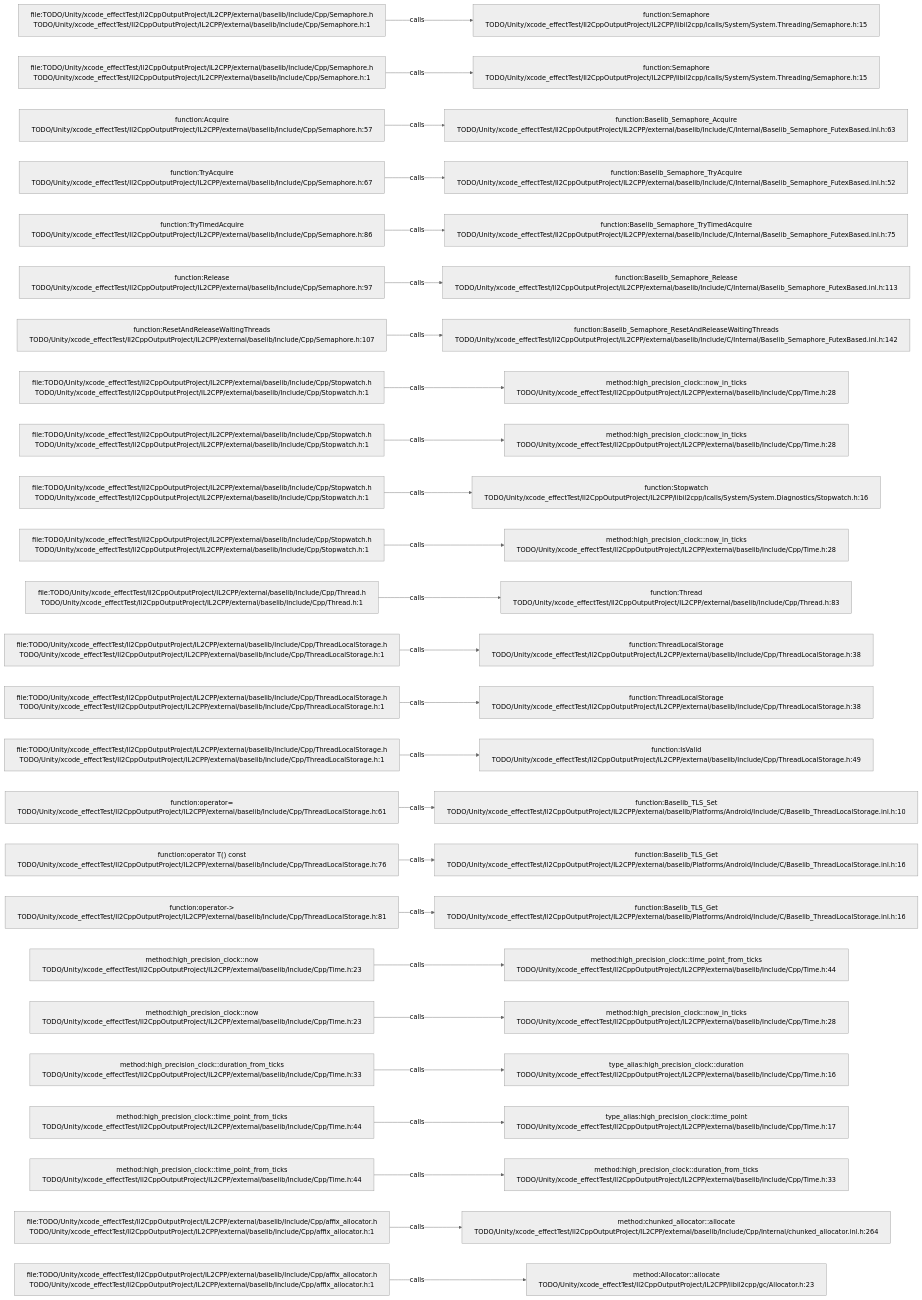
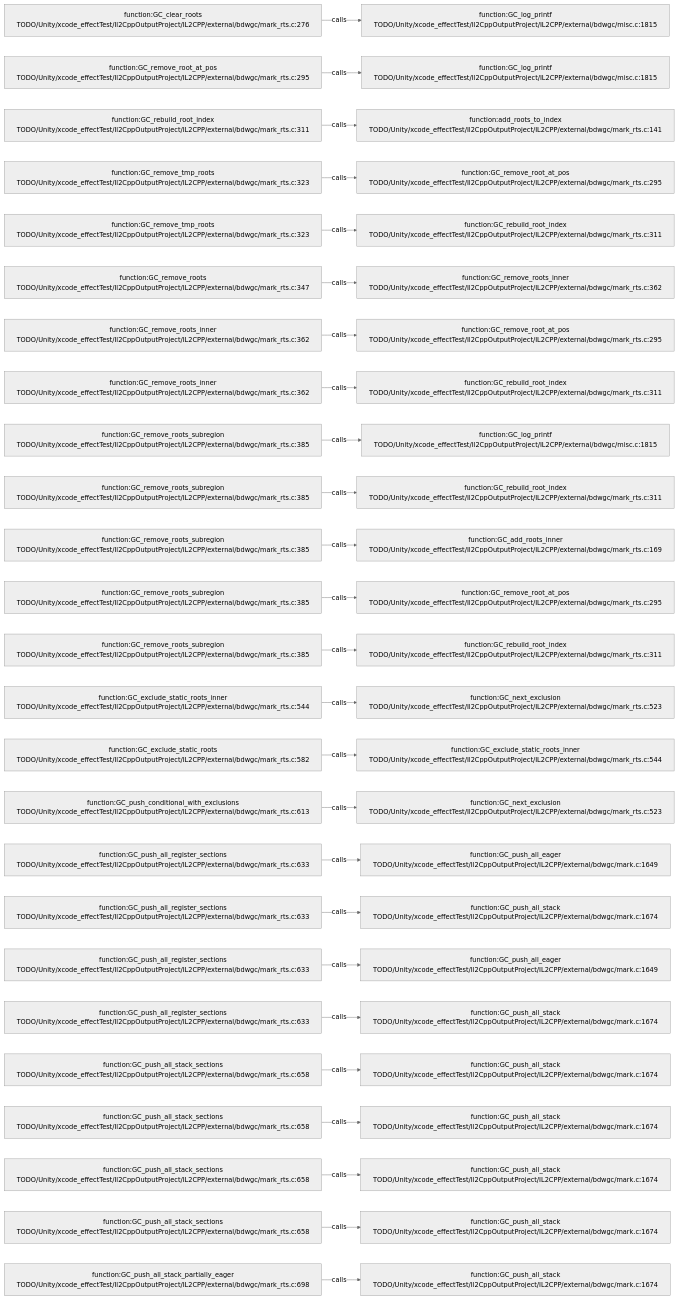
The diagram in .codegraph/codegraph.md/graphs/calls-135.md (JobsKits/JobsSwiftBaseConfigDemo), drawn with Mermaid (neutral theme) before and after one commit. The commit also changed 227 other files, not shown here.

````diff
--- a/.codegraph/codegraph.md/graphs/calls-135.md
+++ b/.codegraph/codegraph.md/graphs/calls-135.md
@@ -13,78 +13,78 @@
 ```mermaid
 flowchart LR
-  S1["file:TODO/Unity/xcode_effectTest/Il2CppOutputProject/IL2CPP/external/baselib/Include/Cpp/Semaphore.h<br/>TODO/Unity/xcode_effectTest/Il2CppOutputProject/IL2CPP/external/baselib/Include/Cpp/Semaphore.h:1"]
-  T1["function:Semaphore<br/>TODO/Unity/xcode_effectTest/Il2CppOutputProject/IL2CPP/libil2cpp/icalls/System/System.Threading/Semaphore.h:15"]
+  S1["function:GC_clear_roots<br/>TODO/Unity/xcode_effectTest/Il2CppOutputProject/IL2CPP/external/bdwgc/mark_rts.c:276"]
+  T1["function:GC_log_printf<br/>TODO/Unity/xcode_effectTest/Il2CppOutputProject/IL2CPP/external/bdwgc/misc.c:1815"]
   S1 -->|calls| T1
-  S2["file:TODO/Unity/xcode_effectTest/Il2CppOutputProject/IL2CPP/external/baselib/Include/Cpp/Semaphore.h<br/>TODO/Unity/xcode_effectTest/Il2CppOutputProject/IL2CPP/external/baselib/Include/Cpp/Semaphore.h:1"]
-  T2["function:Semaphore<br/>TODO/Unity/xcode_effectTest/Il2CppOutputProject/IL2CPP/libil2cpp/icalls/System/System.Threading/Semaphore.h:15"]
+  S2["function:GC_remove_root_at_pos<br/>TODO/Unity/xcode_effectTest/Il2CppOutputProject/IL2CPP/external/bdwgc/mark_rts.c:295"]
+  T2["function:GC_log_printf<br/>TODO/Unity/xcode_effectTest/Il2CppOutputProject/IL2CPP/external/bdwgc/misc.c:1815"]
   S2 -->|calls| T2
-  S3["function:Acquire<br/>TODO/Unity/xcode_effectTest/Il2CppOutputProject/IL2CPP/external/baselib/Include/Cpp/Semaphore.h:57"]
-  T3["function:Baselib_Semaphore_Acquire<br/>TODO/Unity/xcode_effectTest/Il2CppOutputProject/IL2CPP/external/baselib/Include/C/Internal/Baselib_Semaphore_FutexBased.inl.h:63"]
+  S3["function:GC_rebuild_root_index<br/>TODO/Unity/xcode_effectTest/Il2CppOutputProject/IL2CPP/external/bdwgc/mark_rts.c:311"]
+  T3["function:add_roots_to_index<br/>TODO/Unity/xcode_effectTest/Il2CppOutputProject/IL2CPP/external/bdwgc/mark_rts.c:141"]
   S3 -->|calls| T3
-  S4["function:TryAcquire<br/>TODO/Unity/xcode_effectTest/Il2CppOutputProject/IL2CPP/external/baselib/Include/Cpp/Semaphore.h:67"]
-  T4["function:Baselib_Semaphore_TryAcquire<br/>TODO/Unity/xcode_effectTest/Il2CppOutputProject/IL2CPP/external/baselib/Include/C/Internal/Baselib_Semaphore_FutexBased.inl.h:52"]
+  S4["function:GC_remove_tmp_roots<br/>TODO/Unity/xcode_effectTest/Il2CppOutputProject/IL2CPP/external/bdwgc/mark_rts.c:323"]
+  T4["function:GC_remove_root_at_pos<br/>TODO/Unity/xcode_effectTest/Il2CppOutputProject/IL2CPP/external/bdwgc/mark_rts.c:295"]
   S4 -->|calls| T4
-  S5["function:TryTimedAcquire<br/>TODO/Unity/xcode_effectTest/Il2CppOutputProject/IL2CPP/external/baselib/Include/Cpp/Semaphore.h:86"]
-  T5["function:Baselib_Semaphore_TryTimedAcquire<br/>TODO/Unity/xcode_effectTest/Il2CppOutputProject/IL2CPP/external/baselib/Include/C/Internal/Baselib_Semaphore_FutexBased.inl.h:75"]
+  S5["function:GC_remove_tmp_roots<br/>TODO/Unity/xcode_effectTest/Il2CppOutputProject/IL2CPP/external/bdwgc/mark_rts.c:323"]
+  T5["function:GC_rebuild_root_index<br/>TODO/Unity/xcode_effectTest/Il2CppOutputProject/IL2CPP/external/bdwgc/mark_rts.c:311"]
   S5 -->|calls| T5
-  S6["function:Release<br/>TODO/Unity/xcode_effectTest/Il2CppOutputProject/IL2CPP/external/baselib/Include/Cpp/Semaphore.h:97"]
-  T6["function:Baselib_Semaphore_Release<br/>TODO/Unity/xcode_effectTest/Il2CppOutputProject/IL2CPP/external/baselib/Include/C/Internal/Baselib_Semaphore_FutexBased.inl.h:113"]
+  S6["function:GC_remove_roots<br/>TODO/Unity/xcode_effectTest/Il2CppOutputProject/IL2CPP/external/bdwgc/mark_rts.c:347"]
+  T6["function:GC_remove_roots_inner<br/>TODO/Unity/xcode_effectTest/Il2CppOutputProject/IL2CPP/external/bdwgc/mark_rts.c:362"]
   S6 -->|calls| T6
-  S7["function:ResetAndReleaseWaitingThreads<br/>TODO/Unity/xcode_effectTest/Il2CppOutputProject/IL2CPP/external/baselib/Include/Cpp/Semaphore.h:107"]
-  T7["function:Baselib_Semaphore_ResetAndReleaseWaitingThreads<br/>TODO/Unity/xcode_effectTest/Il2CppOutputProject/IL2CPP/external/baselib/Include/C/Internal/Baselib_Semaphore_FutexBased.inl.h:142"]
+  S7["function:GC_remove_roots_inner<br/>TODO/Unity/xcode_effectTest/Il2CppOutputProject/IL2CPP/external/bdwgc/mark_rts.c:362"]
+  T7["function:GC_remove_root_at_pos<br/>TODO/Unity/xcode_effectTest/Il2CppOutputProject/IL2CPP/external/bdwgc/mark_rts.c:295"]
   S7 -->|calls| T7
-  S8["file:TODO/Unity/xcode_effectTest/Il2CppOutputProject/IL2CPP/external/baselib/Include/Cpp/Stopwatch.h<br/>TODO/Unity/xcode_effectTest/Il2CppOutputProject/IL2CPP/external/baselib/Include/Cpp/Stopwatch.h:1"]
-  T8["method:high_precision_clock::now_in_ticks<br/>TODO/Unity/xcode_effectTest/Il2CppOutputProject/IL2CPP/external/baselib/Include/Cpp/Time.h:28"]
+  S8["function:GC_remove_roots_inner<br/>TODO/Unity/xcode_effectTest/Il2CppOutputProject/IL2CPP/external/bdwgc/mark_rts.c:362"]
+  T8["function:GC_rebuild_root_index<br/>TODO/Unity/xcode_effectTest/Il2CppOutputProject/IL2CPP/external/bdwgc/mark_rts.c:311"]
   S8 -->|calls| T8
-  S9["file:TODO/Unity/xcode_effectTest/Il2CppOutputProject/IL2CPP/external/baselib/Include/Cpp/Stopwatch.h<br/>TODO/Unity/xcode_effectTest/Il2CppOutputProject/IL2CPP/external/baselib/Include/Cpp/Stopwatch.h:1"]
-  T9["method:high_precision_clock::now_in_ticks<br/>TODO/Unity/xcode_effectTest/Il2CppOutputProject/IL2CPP/external/baselib/Include/Cpp/Time.h:28"]
+  S9["function:GC_remove_roots_subregion<br/>TODO/Unity/xcode_effectTest/Il2CppOutputProject/IL2CPP/external/bdwgc/mark_rts.c:385"]
+  T9["function:GC_log_printf<br/>TODO/Unity/xcode_effectTest/Il2CppOutputProject/IL2CPP/external/bdwgc/misc.c:1815"]
   S9 -->|calls| T9
-  S10["file:TODO/Unity/xcode_effectTest/Il2CppOutputProject/IL2CPP/external/baselib/Include/Cpp/Stopwatch.h<br/>TODO/Unity/xcode_effectTest/Il2CppOutputProject/IL2CPP/external/baselib/Include/Cpp/Stopwatch.h:1"]
-  T10["function:Stopwatch<br/>TODO/Unity/xcode_effectTest/Il2CppOutputProject/IL2CPP/libil2cpp/icalls/System/System.Diagnostics/Stopwatch.h:16"]
+  S10["function:GC_remove_roots_subregion<br/>TODO/Unity/xcode_effectTest/Il2CppOutputProject/IL2CPP/external/bdwgc/mark_rts.c:385"]
+  T10["function:GC_rebuild_root_index<br/>TODO/Unity/xcode_effectTest/Il2CppOutputProject/IL2CPP/external/bdwgc/mark_rts.c:311"]
   S10 -->|calls| T10
-  S11["file:TODO/Unity/xcode_effectTest/Il2CppOutputProject/IL2CPP/external/baselib/Include/Cpp/Stopwatch.h<br/>TODO/Unity/xcode_effectTest/Il2CppOutputProject/IL2CPP/external/baselib/Include/Cpp/Stopwatch.h:1"]
-  T11["method:high_precision_clock::now_in_ticks<br/>TODO/Unity/xcode_effectTest/Il2CppOutputProject/IL2CPP/external/baselib/Include/Cpp/Time.h:28"]
+  S11["function:GC_remove_roots_subregion<br/>TODO/Unity/xcode_effectTest/Il2CppOutputProject/IL2CPP/external/bdwgc/mark_rts.c:385"]
+  T11["function:GC_add_roots_inner<br/>TODO/Unity/xcode_effectTest/Il2CppOutputProject/IL2CPP/external/bdwgc/mark_rts.c:169"]
   S11 -->|calls| T11
-  S12["file:TODO/Unity/xcode_effectTest/Il2CppOutputProject/IL2CPP/external/baselib/Include/Cpp/Thread.h<br/>TODO/Unity/xcode_effectTest/Il2CppOutputProject/IL2CPP/external/baselib/Include/Cpp/Thread.h:1"]
-  T12["function:Thread<br/>TODO/Unity/xcode_effectTest/Il2CppOutputProject/IL2CPP/external/baselib/Include/Cpp/Thread.h:83"]
+  S12["function:GC_remove_roots_subregion<br/>TODO/Unity/xcode_effectTest/Il2CppOutputProject/IL2CPP/external/bdwgc/mark_rts.c:385"]
+  T12["function:GC_remove_root_at_pos<br/>TODO/Unity/xcode_effectTest/Il2CppOutputProject/IL2CPP/external/bdwgc/mark_rts.c:295"]
   S12 -->|calls| T12
-  S13["file:TODO/Unity/xcode_effectTest/Il2CppOutputProject/IL2CPP/external/baselib/Include/Cpp/ThreadLocalStorage.h<br/>TODO/Unity/xcode_effectTest/Il2CppOutputProject/IL2CPP/external/baselib/Include/Cpp/ThreadLocalStorage.h:1"]
-  T13["function:ThreadLocalStorage<br/>TODO/Unity/xcode_effectTest/Il2CppOutputProject/IL2CPP/external/baselib/Include/Cpp/ThreadLocalStorage.h:38"]
+  S13["function:GC_remove_roots_subregion<br/>TODO/Unity/xcode_effectTest/Il2CppOutputProject/IL2CPP/external/bdwgc/mark_rts.c:385"]
+  T13["function:GC_rebuild_root_index<br/>TODO/Unity/xcode_effectTest/Il2CppOutputProject/IL2CPP/external/bdwgc/mark_rts.c:311"]
   S13 -->|calls| T13
-  S14["file:TODO/Unity/xcode_effectTest/Il2CppOutputProject/IL2CPP/external/baselib/Include/Cpp/ThreadLocalStorage.h<br/>TODO/Unity/xcode_effectTest/Il2CppOutputProject/IL2CPP/external/baselib/Include/Cpp/ThreadLocalStorage.h:1"]
-  T14["function:ThreadLocalStorage<br/>TODO/Unity/xcode_effectTest/Il2CppOutputProject/IL2CPP/external/baselib/Include/Cpp/ThreadLocalStorage.h:38"]
+  S14["function:GC_exclude_static_roots_inner<br/>TODO/Unity/xcode_effectTest/Il2CppOutputProject/IL2CPP/external/bdwgc/mark_rts.c:544"]
+  T14["function:GC_next_exclusion<br/>TODO/Unity/xcode_effectTest/Il2CppOutputProject/IL2CPP/external/bdwgc/mark_rts.c:523"]
   S14 -->|calls| T14
-  S15["file:TODO/Unity/xcode_effectTest/Il2CppOutputProject/IL2CPP/external/baselib/Include/Cpp/ThreadLocalStorage.h<br/>TODO/Unity/xcode_effectTest/Il2CppOutputProject/IL2CPP/external/baselib/Include/Cpp/ThreadLocalStorage.h:1"]
-  T15["function:IsValid<br/>TODO/Unity/xcode_effectTest/Il2CppOutputProject/IL2CPP/external/baselib/Include/Cpp/ThreadLocalStorage.h:49"]
+  S15["function:GC_exclude_static_roots<br/>TODO/Unity/xcode_effectTest/Il2CppOutputProject/IL2CPP/external/bdwgc/mark_rts.c:582"]
+  T15["function:GC_exclude_static_roots_inner<br/>TODO/Unity/xcode_effectTest/Il2CppOutputProject/IL2CPP/external/bdwgc/mark_rts.c:544"]
   S15 -->|calls| T15
-  S16["function:operator=<br/>TODO/Unity/xcode_effectTest/Il2CppOutputProject/IL2CPP/external/baselib/Include/Cpp/ThreadLocalStorage.h:61"]
-  T16["function:Baselib_TLS_Set<br/>TODO/Unity/xcode_effectTest/Il2CppOutputProject/IL2CPP/external/baselib/Platforms/Android/Include/C/Baselib_ThreadLocalStorage.inl.h:10"]
+  S16["function:GC_push_conditional_with_exclusions<br/>TODO/Unity/xcode_effectTest/Il2CppOutputProject/IL2CPP/external/bdwgc/mark_rts.c:613"]
+  T16["function:GC_next_exclusion<br/>TODO/Unity/xcode_effectTest/Il2CppOutputProject/IL2CPP/external/bdwgc/mark_rts.c:523"]
   S16 -->|calls| T16
-  S17["function:operator T() const<br/>TODO/Unity/xcode_effectTest/Il2CppOutputProject/IL2CPP/external/baselib/Include/Cpp/ThreadLocalStorage.h:76"]
-  T17["function:Baselib_TLS_Get<br/>TODO/Unity/xcode_effectTest/Il2CppOutputProject/IL2CPP/external/baselib/Platforms/Android/Include/C/Baselib_ThreadLocalStorage.inl.h:16"]
+  S17["function:GC_push_all_register_sections<br/>TODO/Unity/xcode_effectTest/Il2CppOutputProject/IL2CPP/external/bdwgc/mark_rts.c:633"]
+  T17["function:GC_push_all_eager<br/>TODO/Unity/xcode_effectTest/Il2CppOutputProject/IL2CPP/external/bdwgc/mark.c:1649"]
   S17 -->|calls| T17
-  S18["function:operator-><br/>TODO/Unity/xcode_effectTest/Il2CppOutputProject/IL2CPP/external/baselib/Include/Cpp/ThreadLocalStorage.h:81"]
-  T18["function:Baselib_TLS_Get<br/>TODO/Unity/xcode_effectTest/Il2CppOutputProject/IL2CPP/external/baselib/Platforms/Android/Include/C/Baselib_ThreadLocalStorage.inl.h:16"]
+  S18["function:GC_push_all_register_sections<br/>TODO/Unity/xcode_effectTest/Il2CppOutputProject/IL2CPP/external/bdwgc/mark_rts.c:633"]
+  T18["function:GC_push_all_stack<br/>TODO/Unity/xcode_effectTest/Il2CppOutputProject/IL2CPP/external/bdwgc/mark.c:1674"]
   S18 -->|calls| T18
-  S19["method:high_precision_clock::now<br/>TODO/Unity/xcode_effectTest/Il2CppOutputProject/IL2CPP/external/baselib/Include/Cpp/Time.h:23"]
-  T19["method:high_precision_clock::time_point_from_ticks<br/>TODO/Unity/xcode_effectTest/Il2CppOutputProject/IL2CPP/external/baselib/Include/Cpp/Time.h:44"]
+  S19["function:GC_push_all_register_sections<br/>TODO/Unity/xcode_effectTest/Il2CppOutputProject/IL2CPP/external/bdwgc/mark_rts.c:633"]
+  T19["function:GC_push_all_eager<br/>TODO/Unity/xcode_effectTest/Il2CppOutputProject/IL2CPP/external/bdwgc/mark.c:1649"]
   S19 -->|calls| T19
-  S20["method:high_precision_clock::now<br/>TODO/Unity/xcode_effectTest/Il2CppOutputProject/IL2CPP/external/baselib/Include/Cpp/Time.h:23"]
-  T20["method:high_precision_clock::now_in_ticks<br/>TODO/Unity/xcode_effectTest/Il2CppOutputProject/IL2CPP/external/baselib/Include/Cpp/Time.h:28"]
+  S20["function:GC_push_all_register_sections<br/>TODO/Unity/xcode_effectTest/Il2CppOutputProject/IL2CPP/external/bdwgc/mark_rts.c:633"]
+  T20["function:GC_push_all_stack<br/>TODO/Unity/xcode_effectTest/Il2CppOutputProject/IL2CPP/external/bdwgc/mark.c:1674"]
   S20 -->|calls| T20
-  S21["method:high_precision_clock::duration_from_ticks<br/>TODO/Unity/xcode_effectTest/Il2CppOutputProject/IL2CPP/external/baselib/Include/Cpp/Time.h:33"]
-  T21["type_alias:high_precision_clock::duration<br/>TODO/Unity/xcode_effectTest/Il2CppOutputProject/IL2CPP/external/baselib/Include/Cpp/Time.h:16"]
+  S21["function:GC_push_all_stack_sections<br/>TODO/Unity/xcode_effectTest/Il2CppOutputProject/IL2CPP/external/bdwgc/mark_rts.c:658"]
+  T21["function:GC_push_all_stack<br/>TODO/Unity/xcode_effectTest/Il2CppOutputProject/IL2CPP/external/bdwgc/mark.c:1674"]
   S21 -->|calls| T21
-  S22["method:high_precision_clock::time_point_from_ticks<br/>TODO/Unity/xcode_effectTest/Il2CppOutputProject/IL2CPP/external/baselib/Include/Cpp/Time.h:44"]
-  T22["type_alias:high_precision_clock::time_point<br/>TODO/Unity/xcode_effectTest/Il2CppOutputProject/IL2CPP/external/baselib/Include/Cpp/Time.h:17"]
+  S22["function:GC_push_all_stack_sections<br/>TODO/Unity/xcode_effectTest/Il2CppOutputProject/IL2CPP/external/bdwgc/mark_rts.c:658"]
+  T22["function:GC_push_all_stack<br/>TODO/Unity/xcode_effectTest/Il2CppOutputProject/IL2CPP/external/bdwgc/mark.c:1674"]
   S22 -->|calls| T22
-  S23["method:high_precision_clock::time_point_from_ticks<br/>TODO/Unity/xcode_effectTest/Il2CppOutputProject/IL2CPP/external/baselib/Include/Cpp/Time.h:44"]
-  T23["method:high_precision_clock::duration_from_ticks<br/>TODO/Unity/xcode_effectTest/Il2CppOutputProject/IL2CPP/external/baselib/Include/Cpp/Time.h:33"]
+  S23["function:GC_push_all_stack_sections<br/>TODO/Unity/xcode_effectTest/Il2CppOutputProject/IL2CPP/external/bdwgc/mark_rts.c:658"]
+  T23["function:GC_push_all_stack<br/>TODO/Unity/xcode_effectTest/Il2CppOutputProject/IL2CPP/external/bdwgc/mark.c:1674"]
   S23 -->|calls| T23
-  S24["file:TODO/Unity/xcode_effectTest/Il2CppOutputProject/IL2CPP/external/baselib/Include/Cpp/affix_allocator.h<br/>TODO/Unity/xcode_effectTest/Il2CppOutputProject/IL2CPP/external/baselib/Include/Cpp/affix_allocator.h:1"]
-  T24["method:chunked_allocator::allocate<br/>TODO/Unity/xcode_effectTest/Il2CppOutputProject/IL2CPP/external/baselib/Include/Cpp/Internal/chunked_allocator.inl.h:264"]
+  S24["function:GC_push_all_stack_sections<br/>TODO/Unity/xcode_effectTest/Il2CppOutputProject/IL2CPP/external/bdwgc/mark_rts.c:658"]
+  T24["function:GC_push_all_stack<br/>TODO/Unity/xcode_effectTest/Il2CppOutputProject/IL2CPP/external/bdwgc/mark.c:1674"]
   S24 -->|calls| T24
-  S25["file:TODO/Unity/xcode_effectTest/Il2CppOutputProject/IL2CPP/external/baselib/Include/Cpp/affix_allocator.h<br/>TODO/Unity/xcode_effectTest/Il2CppOutputProject/IL2CPP/external/baselib/Include/Cpp/affix_allocator.h:1"]
-  T25["method:Allocator::allocate<br/>TODO/Unity/xcode_effectTest/Il2CppOutputProject/IL2CPP/libil2cpp/gc/Allocator.h:23"]
+  S25["function:GC_push_all_stack_partially_eager<br/>TODO/Unity/xcode_effectTest/Il2CppOutputProject/IL2CPP/external/bdwgc/mark_rts.c:698"]
+  T25["function:GC_push_all_stack<br/>TODO/Unity/xcode_effectTest/Il2CppOutputProject/IL2CPP/external/bdwgc/mark.c:1674"]
   S25 -->|calls| T25
 ```
````
